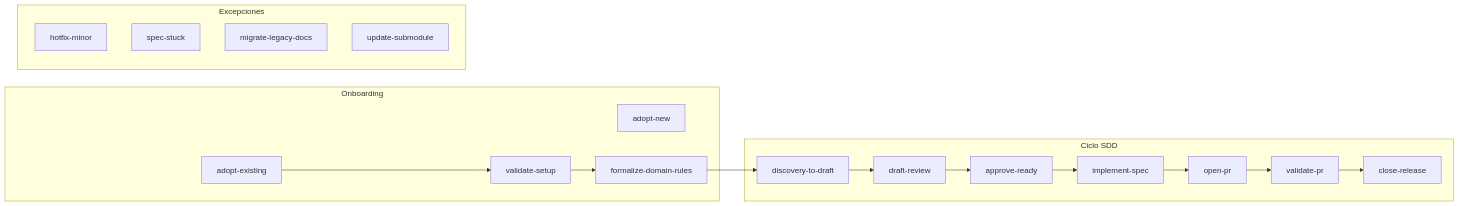
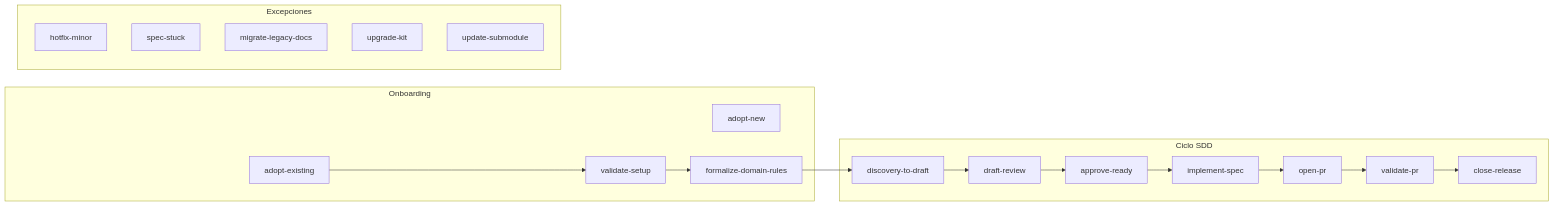
One commit to jcalistop/sdd-kit changed the diagram in core/prompt-catalog.md. Above: the diagram before and after it, drawn with Mermaid. The commit also changed other lines of this file and 21 other files, not shown here.

````diff
--- a/core/prompt-catalog.md
+++ b/core/prompt-catalog.md
@@ -25,25 +25,26 @@
 ```mermaid
 flowchart LR
     subgraph onboarding [Onboarding]
         A1[adopt-new]
         A2[adopt-existing]
         A3[validate-setup]
         A4[formalize-domain-rules]
     end
     subgraph cycle [Ciclo SDD]
         W1[discovery-to-draft]
         W2[draft-review]
         W3[approve-ready]
         W4[implement-spec]
         W5[open-pr]
         W6[validate-pr]
         W7[close-release]
     end
     subgraph exceptions [Excepciones]
         E1[hotfix-minor]
         E2[spec-stuck]
         E3[migrate-legacy-docs]
-        E4[update-submodule]
+        E4[upgrade-kit]
+        E5[update-submodule]
     end
     A2 --> A3 --> A4 --> W1 --> W2 --> W3 --> W4 --> W5 --> W6 --> W7
 ```
````
